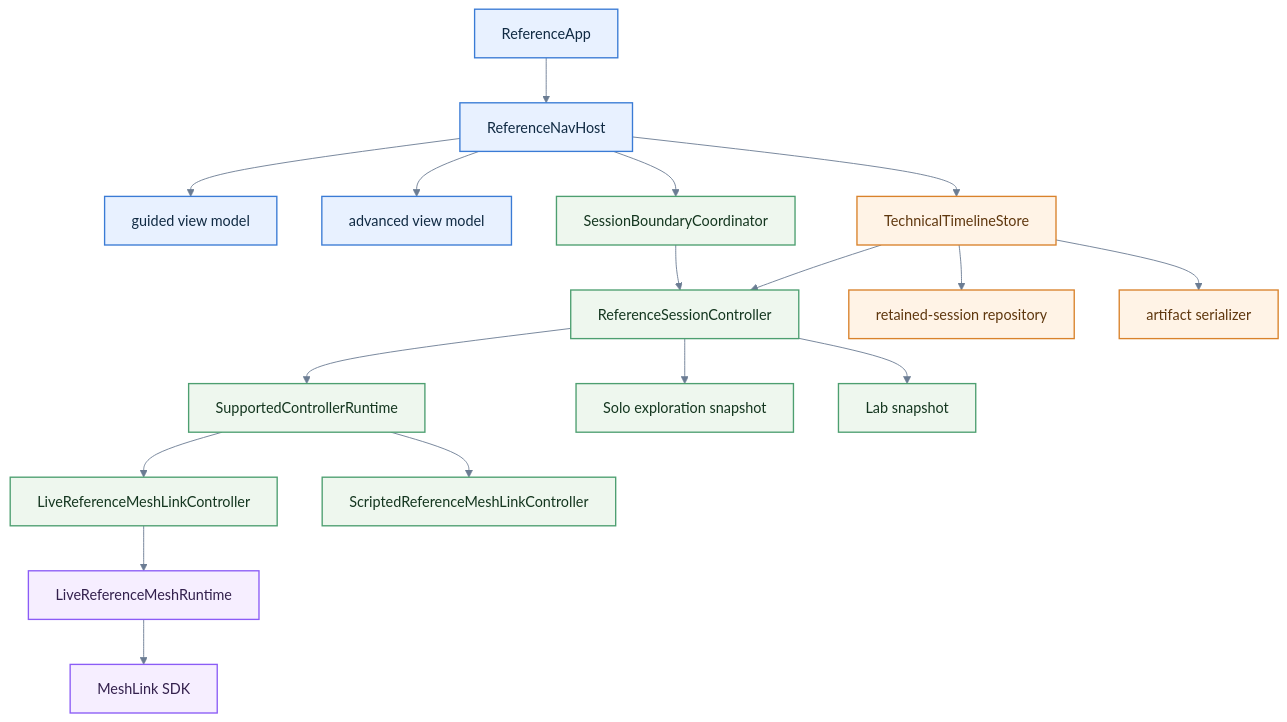
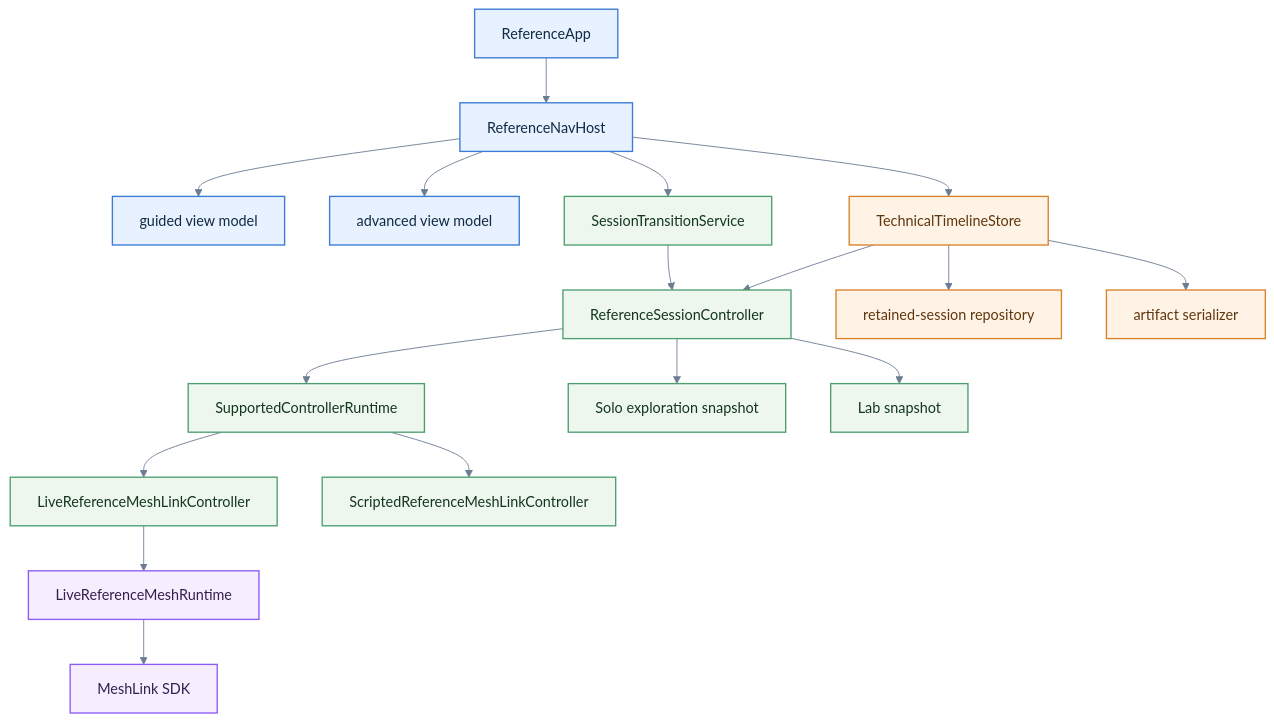
One commit to trancee/MeshLink changed the third of 4 diagrams in docs/explanation/about-the-repository-architecture.md. Above: the diagram before and after it, drawn with Mermaid. The commit also changed other lines of this file and 13 other files, not shown here.

Commit message:
refactor: introduce session transition service

````diff
--- a/docs/explanation/about-the-repository-architecture.md
+++ b/docs/explanation/about-the-repository-architecture.md
@@ -165,32 +165,32 @@
 ```mermaid
 %%{init: {"theme": "base", "themeVariables": {"background": "#ffffff", "primaryColor": "#E8F1FF", "primaryBorderColor": "#3A7BD5", "primaryTextColor": "#102A43", "lineColor": "#6B7C93", "secondaryColor": "#EEF7EE", "tertiaryColor": "#FFF3E6", "clusterBkg": "#F8FAFC", "clusterBorder": "#B8C4D6", "fontFamily": "Inter, ui-sans-serif, system-ui"}}}%%
 flowchart TD
     App["ReferenceApp"] --> Nav["ReferenceNavHost"]
     Nav --> Guided["guided view model"]
     Nav --> Advanced["advanced view model"]
-    Nav --> Boundary["SessionBoundaryCoordinator"]
+    Nav --> Boundary["SessionTransitionService"]
     Nav --> Timeline["TechnicalTimelineStore"]
 
     Boundary --> Sessions["ReferenceSessionController"]
     Timeline --> Sessions
     Timeline --> History["retained-session repository"]
     Timeline --> Export["artifact serializer"]
 
     Sessions --> Supported["SupportedControllerRuntime"]
     Supported --> Live["LiveReferenceMeshLinkController"]
     Supported --> Scripted["ScriptedReferenceMeshLinkController"]
     Live --> LiveRuntime["LiveReferenceMeshRuntime"]
     LiveRuntime --> Mesh["MeshLink SDK"]
 
     Sessions --> Solo["Solo exploration snapshot"]
     Sessions --> Lab["Lab snapshot"]
 
     classDef shell fill:#E8F1FF,stroke:#3A7BD5,color:#102A43,stroke-width:1.5px;
     classDef session fill:#EEF7EE,stroke:#4D9F70,color:#14361F,stroke-width:1.5px;
     classDef evidence fill:#FFF3E6,stroke:#D9822B,color:#5F370E,stroke-width:1.5px;
     classDef sdk fill:#F6EEFF,stroke:#8B5CF6,color:#33204D,stroke-width:1.5px;
     class App,Nav,Guided,Advanced shell;
     class Boundary,Sessions,Supported,Live,Scripted,Solo,Lab session;
     class Timeline,History,Export evidence;
     class LiveRuntime,Mesh sdk;
 ```
````
